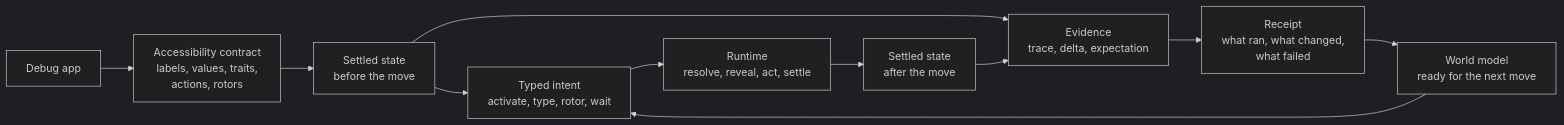
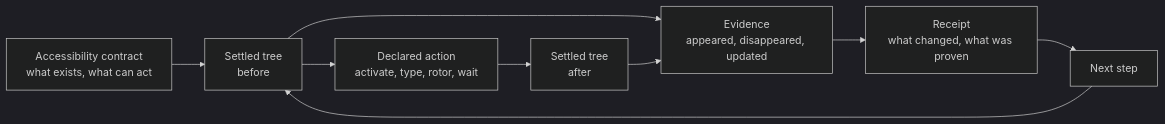
The diagram in README.md (RoyalPineapple/TheButtonHeist), drawn with Mermaid (dark theme) before and after one commit. The commit also changed other lines of this file, not shown here.

Commit message:
Rewrite README around accessibility contract

````diff
--- a/README.md
+++ b/README.md
@@ -55,23 +68,19 @@
 ```mermaid
 flowchart LR
-    App["Debug app"]
-    AX["Accessibility contract<br/>labels, values, traits,<br/>actions, rotors"]
-    Before["Settled state<br/>before the move"]
-    Intent["Typed intent<br/>activate, type, rotor, wait"]
-    Runtime["Runtime<br/>resolve, reveal, act, settle"]
-    After["Settled state<br/>after the move"]
-    Evidence["Evidence<br/>trace, delta, expectation"]
-    Receipt["Receipt<br/>what ran, what changed,<br/>what failed"]
-    Model["World model<br/>ready for the next move"]
+    Contract["Accessibility contract<br/>what exists, what can act"]
+    Before["Settled tree<br/>before"]
+    Action["Declared action<br/>activate, type, rotor, wait"]
+    After["Settled tree<br/>after"]
+    Evidence["Evidence<br/>appeared, disappeared, updated"]
+    Receipt["Receipt<br/>what changed, what was proven"]
+    Next["Next step"]
 
-    App --> AX
-    AX --> Before
-    Before --> Intent
-    Intent --> Runtime
-    Runtime --> After
+    Contract --> Before
+    Before --> Action
+    Action --> After
     Before --> Evidence
     After --> Evidence
     Evidence --> Receipt
-    Receipt --> Model
-    Model --> Intent
+    Receipt --> Next
+    Next --> Before
 ```
````
